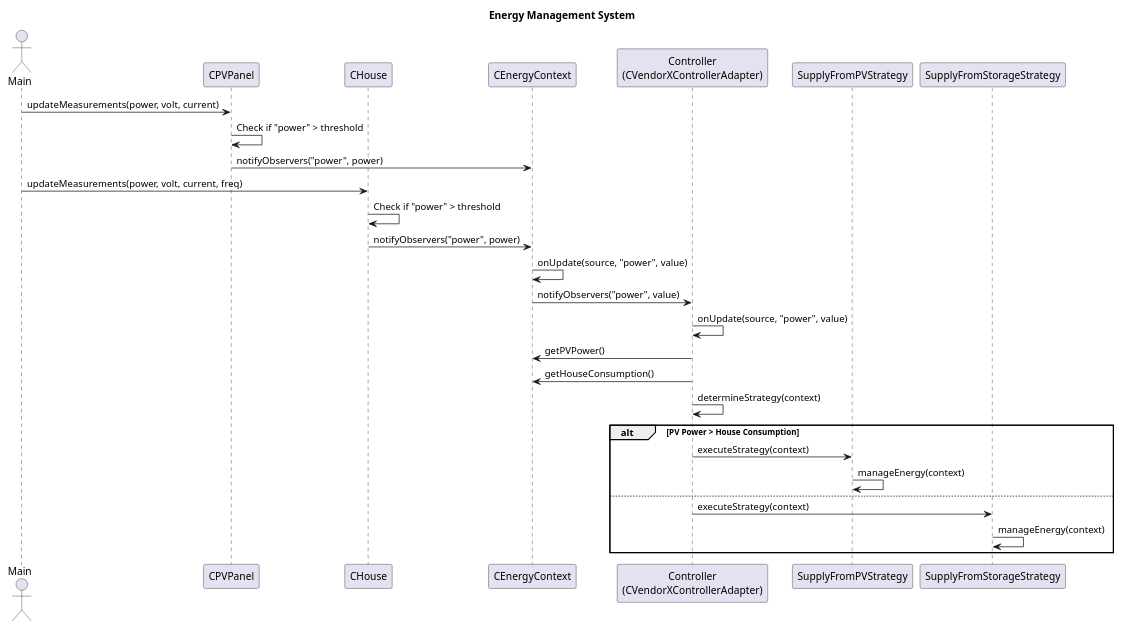
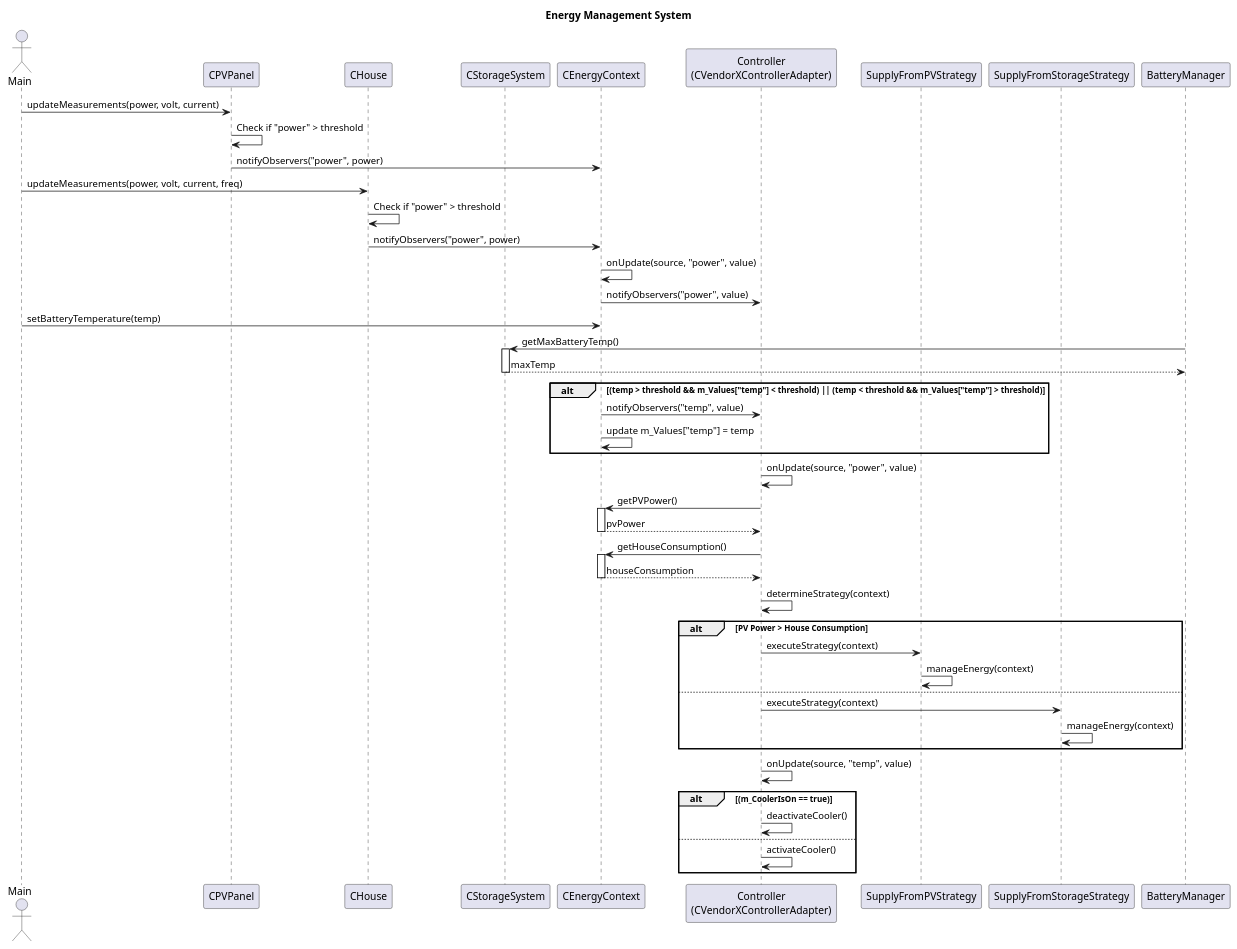
Before and after one commit to Menna271/BatteryManagementSystem: the diagram in docs/sequence_diagram.puml, drawn with PlantUML. The commit also changed 14 other files, not shown here.

Commit message:
Modified diagrams

```diff
--- a/docs/sequence_diagram.puml
+++ b/docs/sequence_diagram.puml
@@ -1,36 +1,60 @@
 @startuml Sequence Diagram
 title Energy Management System
 
 actor Main
 
 participant "CPVPanel" as CPV
 participant "CHouse" as House
+participant "CStorageSystem" as Storage
 participant "CEnergyContext" as EnergyContext
 participant "Controller\n(CVendorXControllerAdapter)" as Controller
 participant "SupplyFromPVStrategy" as PVStrategy
 participant "SupplyFromStorageStrategy" as StorageStrategy
 
 Main -> CPV: updateMeasurements(power, volt, current)
 CPV -> CPV: Check if "power" > threshold
 CPV -> EnergyContext: notifyObservers("power", power)
 
 Main -> House: updateMeasurements(power, volt, current, freq)
 House -> House: Check if "power" > threshold
 House -> EnergyContext: notifyObservers("power", power)
 
 EnergyContext -> EnergyContext: onUpdate(source, "power", value)
 EnergyContext -> Controller: notifyObservers("power", value)
 
+Main -> EnergyContext: setBatteryTemperature(temp)
+BatteryManager -> Storage: getMaxBatteryTemp()
+activate Storage
+Storage --> BatteryManager: maxTemp
+deactivate Storage
+alt (temp > threshold && m_Values["temp"] < threshold) || (temp < threshold && m_Values["temp"] > threshold)
+    EnergyContext -> Controller: notifyObservers("temp", value)
+    EnergyContext -> EnergyContext: update m_Values["temp"] = temp
+end
+
 Controller -> Controller: onUpdate(source, "power", value)
 Controller -> EnergyContext: getPVPower()
+activate EnergyContext
+EnergyContext --> Controller: pvPower
+deactivate EnergyContext
 Controller -> EnergyContext: getHouseConsumption()
+activate EnergyContext
+EnergyContext --> Controller: houseConsumption
+deactivate EnergyContext
 Controller -> Controller: determineStrategy(context)
 alt PV Power > House Consumption
     Controller -> PVStrategy: executeStrategy(context)
     PVStrategy -> PVStrategy: manageEnergy(context)
 else
     Controller -> StorageStrategy: executeStrategy(context)
     StorageStrategy -> StorageStrategy: manageEnergy(context)
 end
 
+Controller -> Controller: onUpdate(source, "temp", value)
+alt (m_CoolerIsOn == true)
+    Controller-> Controller: deactivateCooler()
+else
+    Controller-> Controller: activateCooler()
+end
+
 @enduml
```
